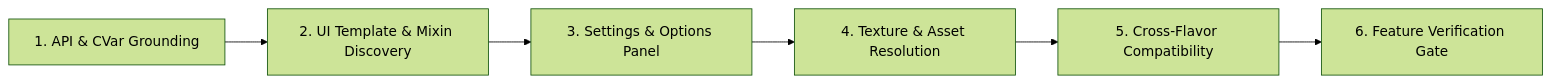
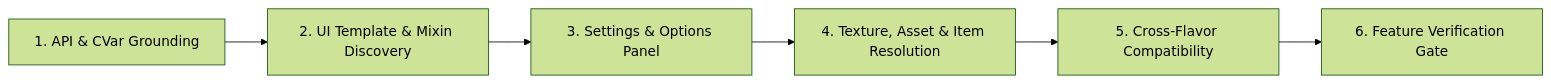
One commit to lucienve/hated-wow-mcp changed the diagram in plugins/wow/skills/wow-addon-feature/SKILL.md. Above: the diagram before and after it, drawn with Mermaid (forest theme). The commit also changed other lines of this file and 7 other files, not shown here.

````diff
--- a/plugins/wow/skills/wow-addon-feature/SKILL.md
+++ b/plugins/wow/skills/wow-addon-feature/SKILL.md
@@ -39,8 +44,8 @@
 ```mermaid
 flowchart LR
     A["1. API & CVar Grounding"] --> B["2. UI Template & Mixin Discovery"]
     B --> C["3. Settings & Options Panel"]
-    C --> D["4. Texture & Asset Resolution"]
+    C --> D["4. Texture, Asset & Item Resolution"]
     D --> E["5. Cross-Flavor Compatibility"]
     E --> F["6. Feature Verification Gate"]
 ```
````
